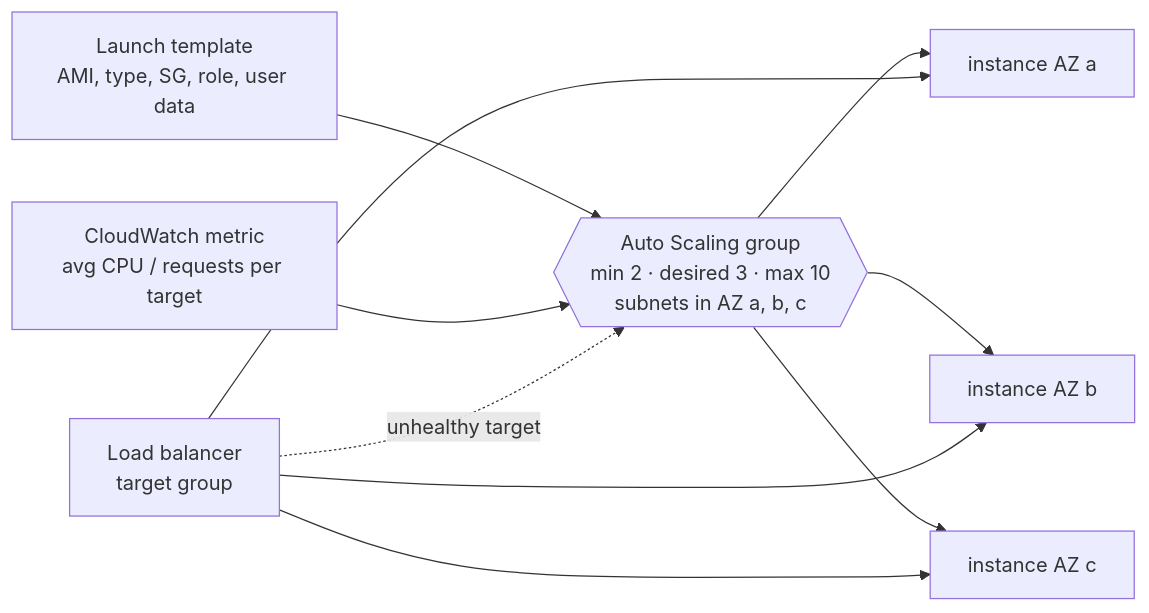
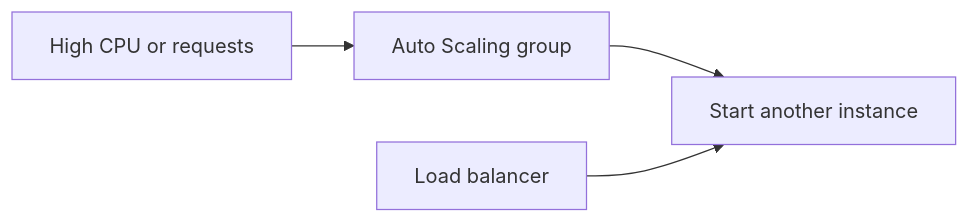
The diagram in content/aws/04-ec2-ebs-and-auto-scaling.md (monijaman/software), drawn with Mermaid before and after one commit. The commit also changed other lines of this file and 23 other files, not shown here.

````diff
--- a/content/aws/04-ec2-ebs-and-auto-scaling.md
+++ b/content/aws/04-ec2-ebs-and-auto-scaling.md
@@ -153,8 +38,6 @@
 ```mermaid
 flowchart LR
-    LT["Launch template<br/>AMI, type, SG, role, user data"] --> ASG{{"Auto Scaling group<br/>min 2 · desired 3 · max 10<br/>subnets in AZ a, b, c"}}
-    CW["CloudWatch metric<br/>avg CPU / requests per target"] --> ASG
-    ASG --> I1[instance AZ a] & I2[instance AZ b] & I3[instance AZ c]
-    ALB[Load balancer<br/>target group] --> I1 & I2 & I3
-    ALB -. "unhealthy target" .-> ASG
+    M[High CPU or requests] --> ASG[Auto Scaling group]
+    ASG --> EC2[Start another instance]
+    ALB[Load balancer] --> EC2
 ```
````
